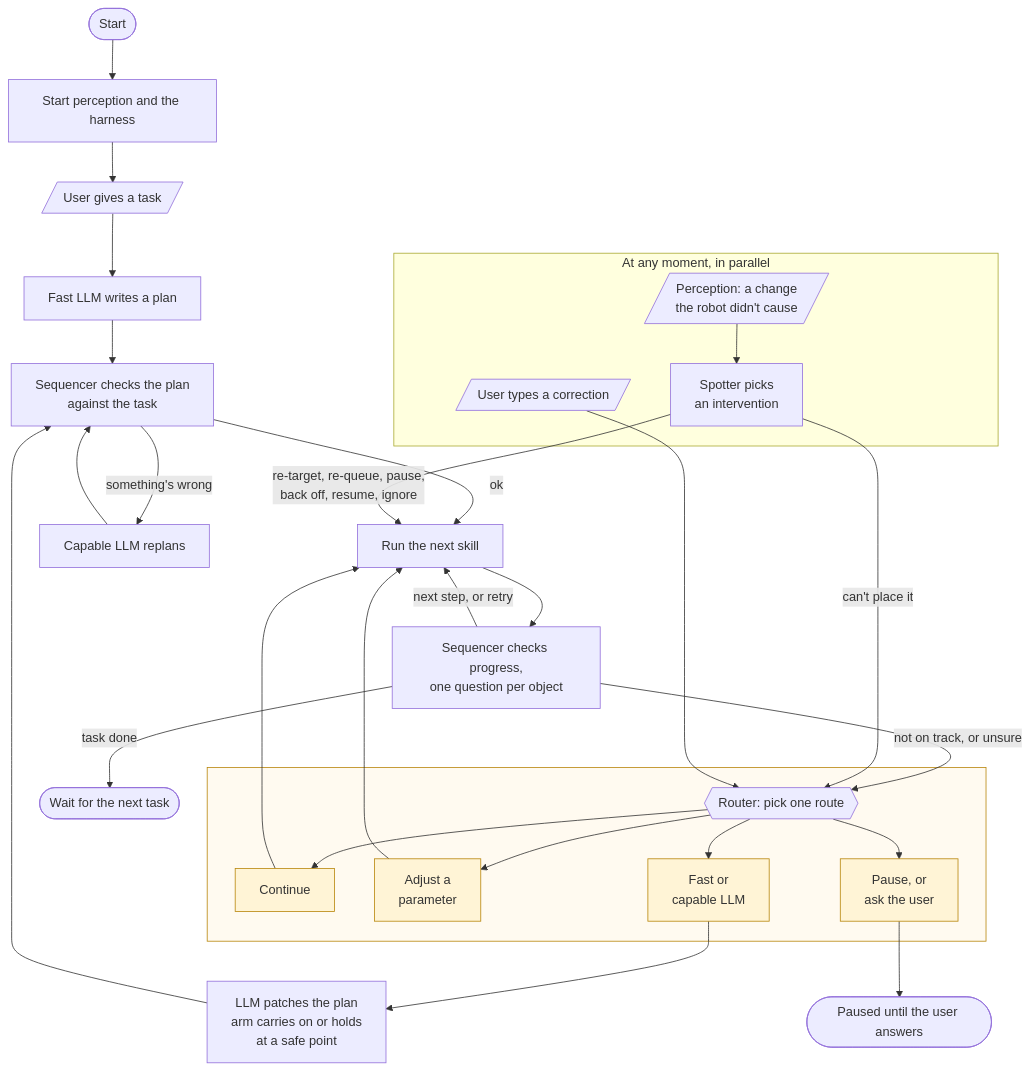
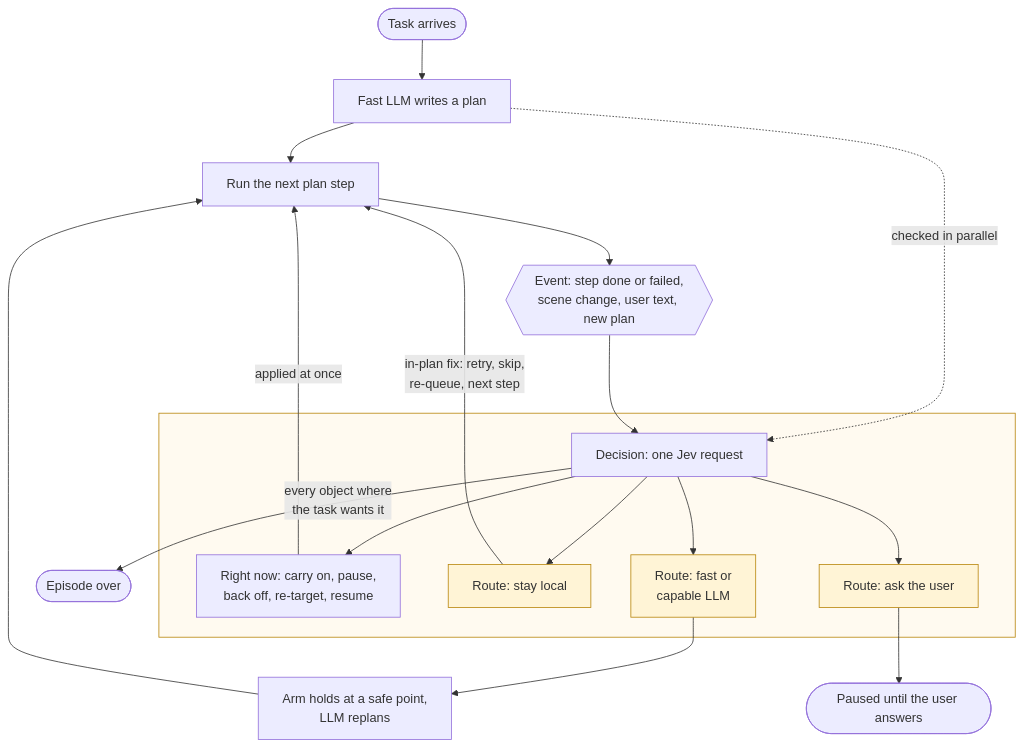
The second of 7 diagrams in docs/v2-diagrams.md (alee792/robojev), drawn with Mermaid before and after one commit. The commit also changed other lines of this file and 1 other file, not shown here.

First line of the commit message:
v2: one decision per event (right-now, in-plan fix, route in one Jev request), episodes, no variants prepared up front, plan check runs in parallel with the first step; diagrams redrawn

````diff
--- a/docs/v2-diagrams.md
+++ b/docs/v2-diagrams.md
@@ -53,39 +50,27 @@
 ```mermaid
 flowchart TB
-    start([Start]) --> boot[Start perception and the harness]
-    boot --> task[/User gives a task/]
-    task --> plan[Fast LLM writes a plan]
-    plan --> check[Sequencer checks the plan<br/>against the task]
-    check -- "ok" --> run[Run the next skill]
-    check -- "something's wrong" --> replan[Capable LLM replans]
-    replan --> check
-    run --> seq[Sequencer checks progress,<br/>one question per object]
-    seq -- "next step, or retry" --> run
-    seq -- "task done" --> done([Wait for the next task])
-    seq -- "not on track, or unsure" --> r_in
+    start([Task arrives]) --> plan[Fast LLM writes a plan]
+    plan --> run[Run the next plan step]
+    plan -. "checked in parallel" .-> dec
+    run --> ev{{Event: step done or failed,<br/>scene change, user text, new plan}}
+    ev --> dec
 
-    subgraph router [" "]
-        r_in{{Router: pick one route}}
-        r_in --> r_go[Continue]
-        r_in --> r_adj[Adjust a<br/>parameter]
-        r_in --> r_llm[Fast or<br/>capable LLM]
-        r_in --> r_stop[Pause, or<br/>ask the user]
+    subgraph decision [" "]
+        dec[Decision: one Jev request]
+        dec --> now[Right now: carry on, pause,<br/>back off, re-target, resume]
+        dec --> r_local[Route: stay local]
+        dec --> r_llm[Route: fast or<br/>capable LLM]
+        dec --> r_user[Route: ask the user]
     end
-    r_go --> run
-    r_adj --> run
-    r_llm --> patch[LLM patches the plan<br/>arm carries on or holds<br/>at a safe point]
-    patch --> check
-    r_stop --> paused([Paused until the user answers])
 
-    subgraph anytime [At any moment, in parallel]
-        change[/Perception: a change<br/>the robot didn't cause/] --> spotter[Spotter picks<br/>an intervention]
-        corr[/User types a correction/]
-    end
-    spotter -- "re-target, re-queue, pause,<br/>back off, resume, ignore" --> run
-    spotter -- "can't place it" --> r_in
-    corr --> r_in
+    now -- "applied at once" --> run
+    r_local -- "in-plan fix: retry, skip,<br/>re-queue, next step" --> run
+    r_llm --> hold[Arm holds at a safe point,<br/>LLM replans]
+    hold --> run
+    r_user --> paused([Paused until the user answers])
+    dec -- "every object where<br/>the task wants it" --> done([Episode over])
 
     classDef route fill:#fff4d6,stroke:#b8860b
-    class r_go,r_adj,r_llm,r_stop route
-    style router fill:#fffaf0,stroke:#b8860b
+    class r_local,r_llm,r_user route
+    style decision fill:#fffaf0,stroke:#b8860b
 ```
````
